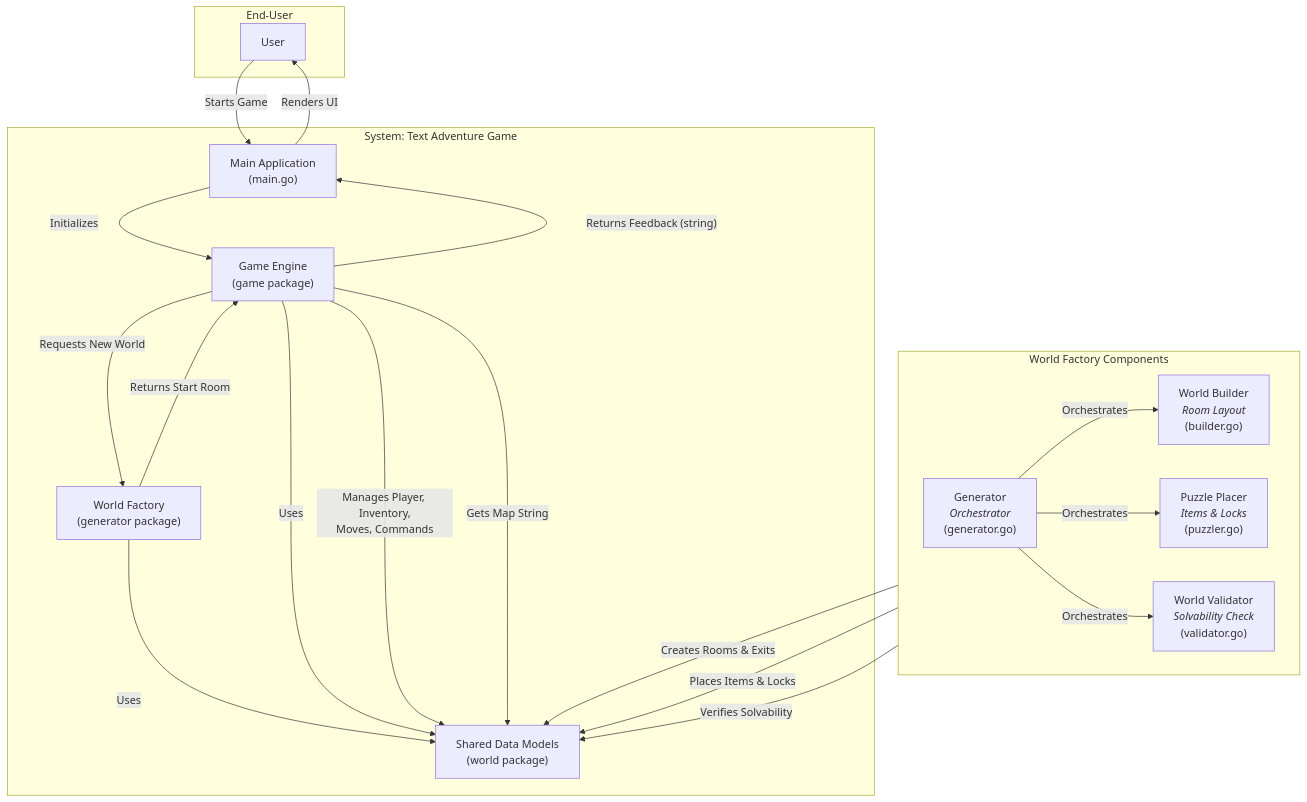
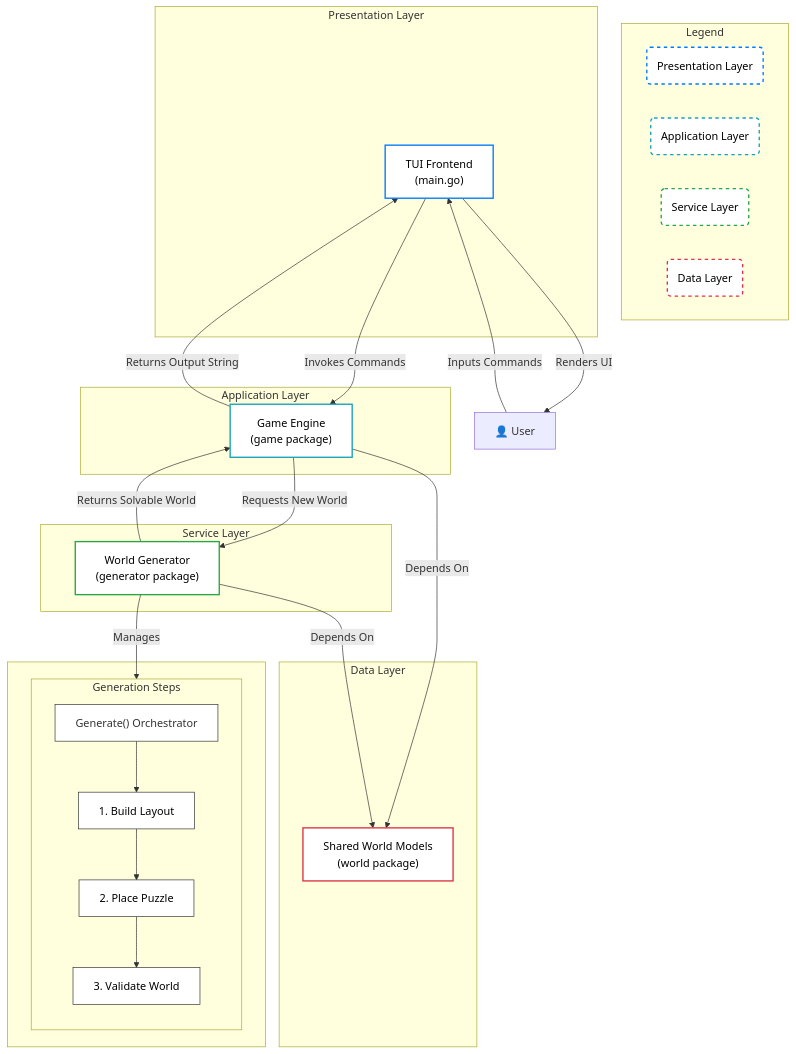
The diagram in DESIGN.md (kphutt/text-adventure-v2), drawn with Mermaid before and after one commit.

Commit message:
docs: Update system architecture diagram in DESIGN.md

````diff
--- a/DESIGN.md
+++ b/DESIGN.md
@@ -74,45 +74,68 @@
 ```mermaid
 graph TD
-    subgraph "End-User"
-        User["User"]
+    %% --- Legend ---
+    subgraph "Legend"
+        direction LR
+        L1(Presentation Layer)
+        L2(Application Layer)
+        L3(Service Layer)
+        L4(Data Layer)
+    end
+    style L1 fill:#fff,stroke:#007bff,stroke-width:2px,stroke-dasharray: 5 5,color:#000
+    style L2 fill:#fff,stroke:#17a2b8,stroke-width:2px,stroke-dasharray: 5 5,color:#000
+    style L3 fill:#fff,stroke:#28a745,stroke-width:2px,stroke-dasharray: 5 5,color:#000
+    style L4 fill:#fff,stroke:#dc3545,stroke-width:2px,stroke-dasharray: 5 5,color:#000
+
+    %% --- Component Styles ---
+    style TUI fill:#fff,stroke:#007bff,stroke-width:2px,color:#000
+    style GameEngine fill:#fff,stroke:#17a2b8,stroke-width:2px,color:#000
+    style GeneratorService fill:#fff,stroke:#28a745,stroke-width:2px,color:#000
+    style Models fill:#fff,stroke:#dc3545,stroke-width:2px,color:#000
+    style Orchestrator fill:#fff,stroke:#333,stroke-width:1px,color:#000 %% Internal orchestrator
+    style Builder fill:#fff,stroke:#333,stroke-width:1px,color:#000
+    style Puzzler fill:#fff,stroke:#333,stroke-width:1px,color:#000
+    style Validator fill:#fff,stroke:#333,stroke-width:1px,color:#000
+
+
+    %% --- Architecture ---
+    User["👤 User"]
+
+    subgraph "Presentation Layer"
+        TUI["TUI Frontend<br>(main.go)"]
     end
 
-    subgraph "System: Text Adventure Game"
-        main.go["Main Application<br>(main.go)"]
+    subgraph "Application Layer"
         GameEngine["Game Engine<br>(game package)"]
-        WorldFactory["World Factory<br>(generator package)"]
-        SharedData["Shared Data Models<br>(world package)"]
     end
 
-    subgraph "World Factory Components"
-        direction LR
-        Generator["Generator<br><i>Orchestrator</i><br>(generator.go)"]
-        Builder["World Builder<br><i>Room Layout</i><br>(builder.go)"]
-        Puzzler["Puzzle Placer<br><i>Items & Locks</i><br>(puzzler.go)"]
-        Validator["World Validator<br><i>Solvability Check</i><br>(validator.go)"]
+    subgraph "Service Layer"
+        GeneratorService["World Generator<br>(generator package)"]
     end
 
-    %% --- High-Level Flow ---
-    User -- "Starts Game" --> main.go
-    main.go -- "Initializes" --> GameEngine
-    GameEngine -- "Requests New World" --> WorldFactory
-    WorldFactory -- "Returns Start Room" --> GameEngine
-    GameEngine -- "Returns Feedback (string)" --> main.go
-    main.go -- "Renders UI" --> User
+    subgraph "Data Layer"
+        Models["Shared World Models<br>(world package)"]
+    end
 
-    %% --- Core Logic Dependencies ---
-    WorldFactory -- "Uses" --> SharedData
-    GameEngine -- "Uses" --> SharedData
+    %% --- Primary User Flow & Data Flow ---
+    User -->|Inputs Commands| TUI
+    TUI -->|Renders UI| User
+    TUI -->|Invokes Commands| GameEngine
+    GameEngine -->|Returns Output String| TUI
+    GameEngine -->|Requests New World| GeneratorService
+    GeneratorService -->|Returns Solvable World| GameEngine
 
-    Generator -- "Orchestrates" --> Builder
-    Generator -- "Orchestrates" --> Puzzler
-    Generator -- "Orchestrates" --> Validator
+    %% --- Core Architectural Dependencies ---
+    GameEngine -->|Depends On| Models
+    GeneratorService -->|Depends On| Models
 
-    Builder -- "Creates Rooms & Exits" --> SharedData
-    Puzzler -- "Places Items & Locks" --> SharedData
-    Validator -- "Verifies Solvability" --> SharedData
-
-    GameEngine -- "Manages Player, Inventory,<br>Moves, Commands" --> SharedData
-    GameEngine -- "Gets Map String" --> SharedData
-
+    %% --- Internal Details of Generator Service ---
+    subgraph " "
+      GeneratorService -- Manages --> Orchestrator["Generate() Orchestrator"]
+      subgraph "Generation Steps"
+        direction TB
+        Orchestrator --> Builder["1. Build Layout"]
+        Builder --> Puzzler["2. Place Puzzle"]
+        Puzzler --> Validator["3. Validate World"]
+      end
+    end
 ```
````
